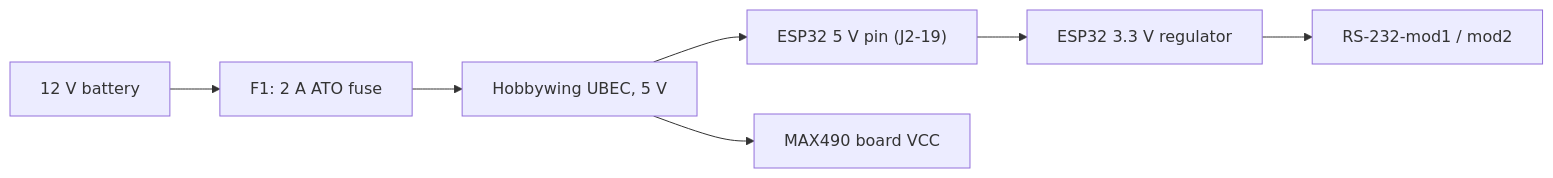
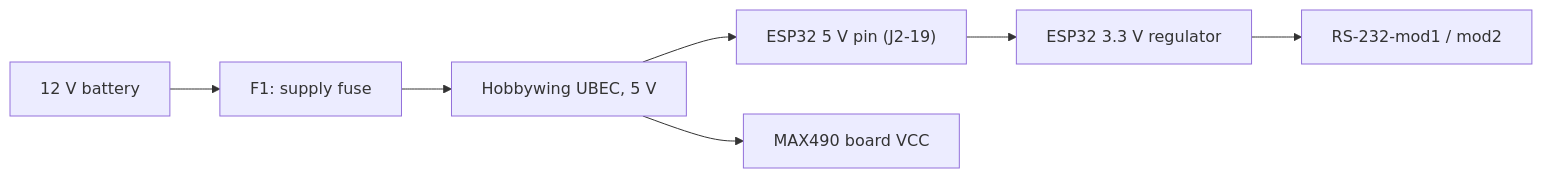
One commit to MomoRC-tech/Becker-AR6201-to-OpenSoar changed the second of 2 diagrams in docs/hardware/wiring.md. Above: the diagram before and after it, drawn with Mermaid. The commit also changed other lines of this file and 3 other files, not shown here.

Commit message:
Reopen fuse rating and record unprotected supply feed

````diff
--- a/docs/hardware/wiring.md
+++ b/docs/hardware/wiring.md
@@ -154,9 +154,9 @@
 ```mermaid
 flowchart LR
-    S["12 V battery"] --> F1["F1: 2 A ATO fuse"]
+    S["12 V battery"] --> F1["F1: supply fuse"]
     F1 --> B["Hobbywing UBEC, 5 V"]
     B --> E["ESP32 5 V pin (J2-19)"]
     B --> Q["MAX490 board VCC"]
     E --> R["ESP32 3.3 V regulator"]
     R --> C["RS-232-mod1 / mod2"]
 ```
````
